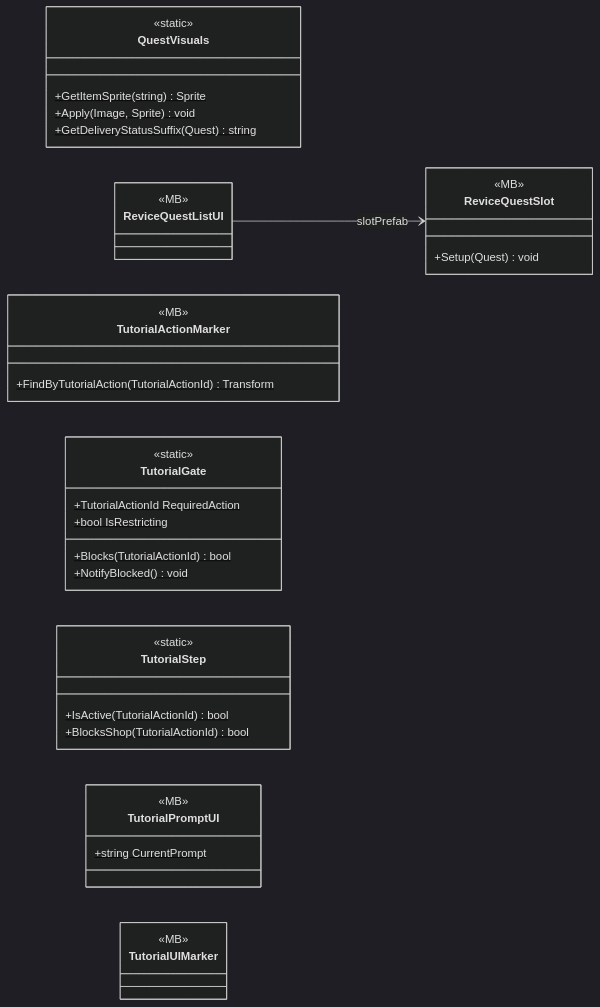
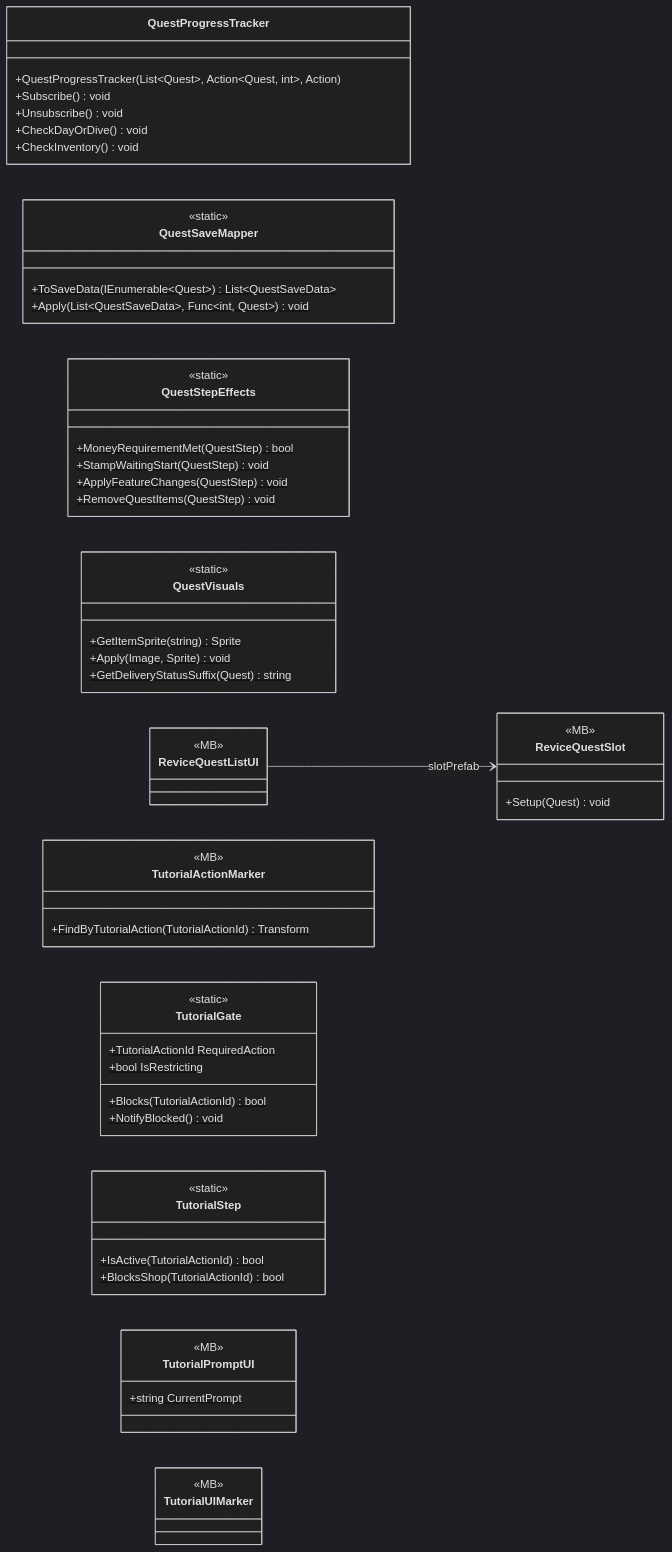
One commit to PhumipatWave/project-ocean changed the second of 2 diagrams in docs/uml/modules/Gameplay_QuestSystems_Quest.md. Above: the diagram before and after it, drawn with Mermaid (dark theme). The commit also changed other lines of this file and 88 other files, not shown here.

````diff
--- a/docs/uml/modules/Gameplay_QuestSystems_Quest.md
+++ b/docs/uml/modules/Gameplay_QuestSystems_Quest.md
@@ -253,41 +253,60 @@
 ```mermaid
 classDiagram
   direction LR
+  class QuestProgressTracker {
+    +QuestProgressTracker(List~Quest~, Action~Quest, int~, Action)
+    +Subscribe() void
+    +Unsubscribe() void
+    +CheckDayOrDive() void
+    +CheckInventory() void
+  }
+  class QuestSaveMapper {
+    <<static>>
+    +ToSaveData(IEnumerable~Quest~)$ List~QuestSaveData~
+    +Apply(List~QuestSaveData~, Func~int, Quest~)$ void
+  }
+  class QuestStepEffects {
+    <<static>>
+    +MoneyRequirementMet(QuestStep)$ bool
+    +StampWaitingStart(QuestStep)$ void
+    +ApplyFeatureChanges(QuestStep)$ void
+    +RemoveQuestItems(QuestStep)$ void
+  }
   class QuestVisuals {
     <<static>>
     +GetItemSprite(string)$ Sprite
     +Apply(Image, Sprite)$ void
     +GetDeliveryStatusSuffix(Quest)$ string
   }
   class ReviceQuestListUI {
     <<MB>>
   }
   class ReviceQuestSlot {
     <<MB>>
     +Setup(Quest) void
   }
   class TutorialActionMarker {
     <<MB>>
     +FindByTutorialAction(TutorialActionId)$ Transform
   }
   class TutorialGate {
     <<static>>
     +TutorialActionId RequiredAction$
     +bool IsRestricting$
     +Blocks(TutorialActionId)$ bool
     +NotifyBlocked()$ void
   }
   class TutorialStep {
     <<static>>
     +IsActive(TutorialActionId)$ bool
     +BlocksShop(TutorialActionId)$ bool
   }
   class TutorialPromptUI {
     <<MB>>
     +string CurrentPrompt$
   }
   class TutorialUIMarker {
     <<MB>>
   }
   ReviceQuestListUI --> ReviceQuestSlot : slotPrefab
 ```
````
